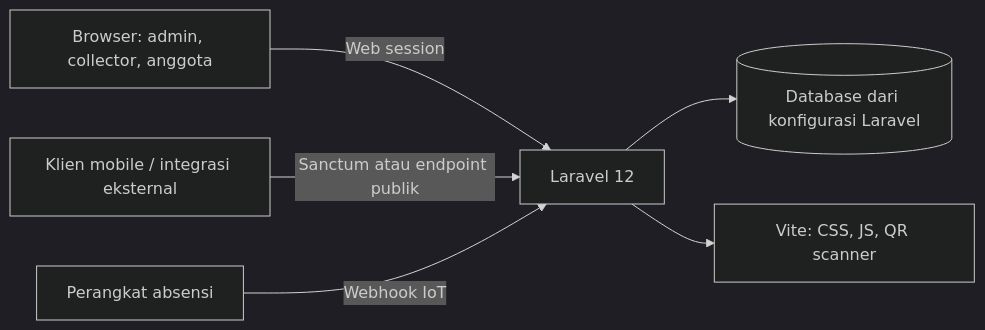
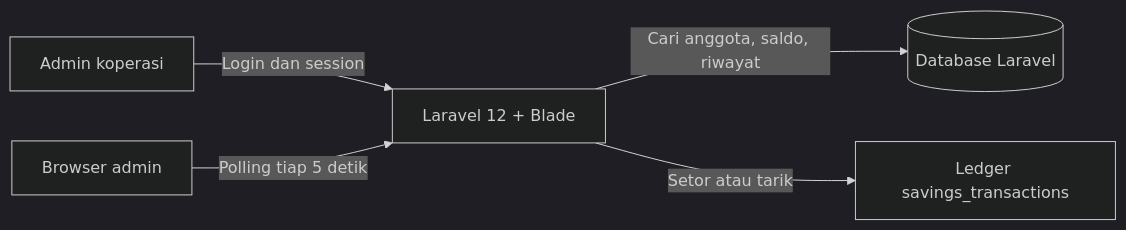
The diagram in PANDUAN_PROGRAM.md (Penguinonly/Koperasi), drawn with Mermaid (dark theme) before and after one commit. The commit also changed other lines of this file and 41 other files, not shown here.

Commit message:
feat: simplify admin to member savings ledger

````diff
--- a/PANDUAN_PROGRAM.md
+++ b/PANDUAN_PROGRAM.md
@@ -15,8 +9,7 @@
-~~~mermaid
+```mermaid
 flowchart LR
-    Browser[Browser: admin, collector, anggota] -->|Web session| Laravel[Laravel 12]
-    Mobile[Klien mobile / integrasi eksternal] -->|Sanctum atau endpoint publik| Laravel
-    Device[Perangkat absensi] -->|Webhook IoT| Laravel
-    Laravel --> DB[(Database dari konfigurasi Laravel)]
-    Laravel --> Assets[Vite: CSS, JS, QR scanner]
-~~~
+    Admin[Admin koperasi] -->|Login dan session| Web[Laravel 12 + Blade]
+    Web -->|Cari anggota, saldo, riwayat| DB[(Database Laravel)]
+    Web -->|Setor atau tarik| Ledger[Ledger savings_transactions]
+    Browser[Browser admin] -->|Polling tiap 5 detik| Web
+```
````
